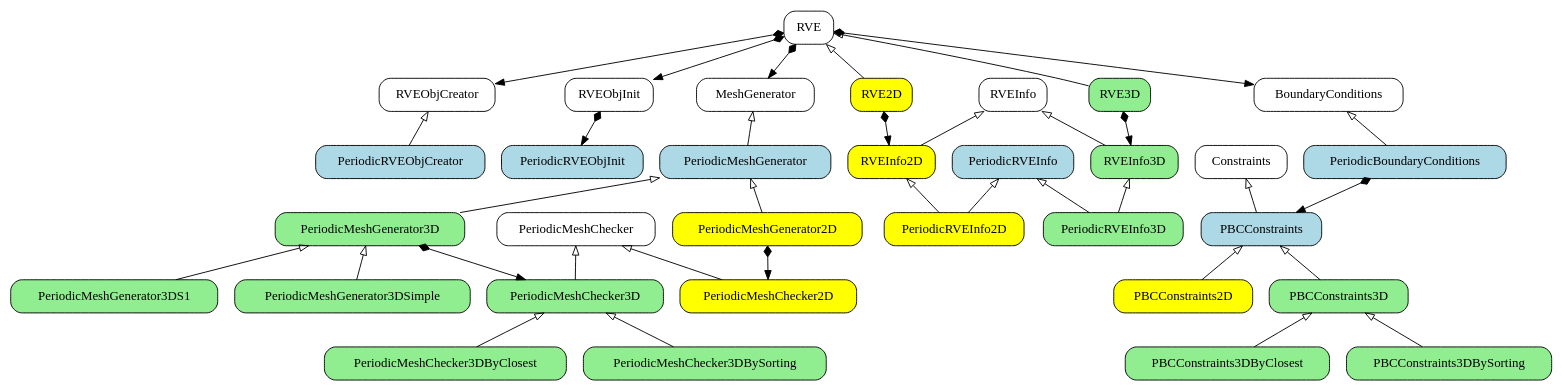
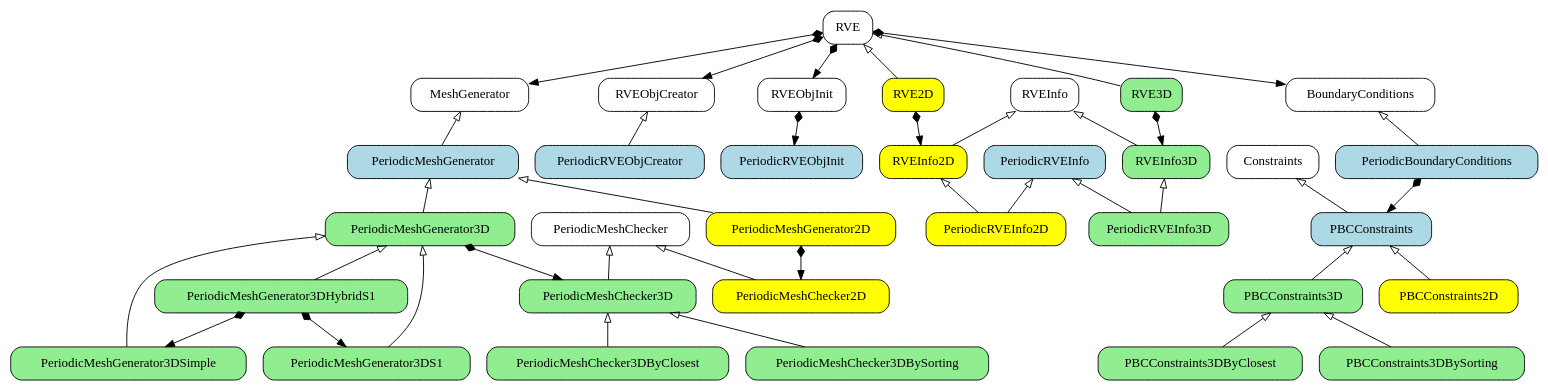
The diagram in uml/rve.gv (bessagroup/f3dasm), drawn with Graphviz before and after one commit. The commit also changed 2 other files, not shown here.

Commit message:
added new mesh strategy to show how easy it is to combine strategies

```diff
--- a/uml/rve.gv
+++ b/uml/rve.gv
@@ -1,88 +1,92 @@
 digraph RVE {
 
     node[shape=record, style=rounded]
     RVE[label = "{RVE}"]
     BoundaryConditions[label = "{BoundaryConditions}"]
     MeshGenerator[label = "{MeshGenerator}"]
     PeriodicMeshChecker[label = "{PeriodicMeshChecker}"]
     Constraints[label = "{Constraints}"]
     RVEInfo[label="{RVEInfo}"]
     RVEObjCreator[label="RVEObjCreator"]
     RVEObjInit[label="RVEObjInit"]
 
     node[shape=record, style="rounded, filled", fillcolor=lightblue]
     PeriodicBoundaryConditions[label = "{PeriodicBoundaryConditions}"]
     PBCConstraints[label = "{PBCConstraints}"]
     PeriodicMeshGenerator[label = "{PeriodicMeshGenerator}"]
     PeriodicRVEInfo[label = "{PeriodicRVEInfo}"]
     PeriodRVEObjCreator[label = "{PeriodicRVEObjCreator}"]
     PeriodicRVEObjInit[label="PeriodicRVEObjInit"]
 
     node[shape=record, style="rounded, filled", fillcolor=yellow]
     RVE2D[label = "{RVE2D}"]
     PBCConstraints2D[label = "{PBCConstraints2D}"]
     RVEInfo2D[label="{RVEInfo2D}"]
     PeriodicMeshChecker2D[label = "{PeriodicMeshChecker2D}"]
     PeriodicMeshGenerator2D[label= "{PeriodicMeshGenerator2D}"]
     PeriodicRVEInfo2D[label="{PeriodicRVEInfo2D}"]
 
     node[shape=record, style="rounded, filled", fillcolor=lightgreen]
     RVE3D[label = "{RVE3D}"]
     PBCConstraints3D[label = "{PBCConstraints3D}"]
     PBCConstraints3DByClosest[label = "{PBCConstraints3DByClosest}"]
     PBCConstraints3DBySorting[label = "{PBCConstraints3DBySorting}"]
     RVEInfo3D[label="{RVEInfo3D}"]
     PeriodicRVEInfo3D[label="{PeriodicRVEInfo3D}"]
     PeriodicMeshChecker3D[label = "{PeriodicMeshChecker3D}"]
     PeriodicMeshChecker3DByClosest[label = "{PeriodicMeshChecker3DByClosest}"]
     PeriodicMeshChecker3DBySorting[label = "{PeriodicMeshChecker3DBySorting}"]
     PeriodicMeshGenerator3D[label= "{PeriodicMeshGenerator3D}"]
     PeriodicMeshGenerator3DSimple[label= "{PeriodicMeshGenerator3DSimple}"]
     PeriodicMeshGenerator3DS1[label= "{PeriodicMeshGenerator3DS1}"]
+    PeriodicMeshGenerator3DHybridS1[label= "{PeriodicMeshGenerator3DHybridS1}"]
 
     // generalizations
     edge[dir=back, arrowtail=empty, style=normal]
     RVE->RVE2D
     RVE->RVE3D
     BoundaryConditions->PeriodicBoundaryConditions
     MeshGenerator->PeriodicMeshGenerator
     Constraints->PBCConstraints
     PBCConstraints->PBCConstraints2D
     PBCConstraints->PBCConstraints3D
     PBCConstraints3D->PBCConstraints3DByClosest
     PBCConstraints3D->PBCConstraints3DBySorting
     RVEInfo->RVEInfo2D
     RVEInfo->RVEInfo3D
     PeriodicMeshChecker->PeriodicMeshChecker2D
     PeriodicMeshChecker->PeriodicMeshChecker3D
     PeriodicMeshChecker3D->PeriodicMeshChecker3DByClosest
     PeriodicMeshChecker3D->PeriodicMeshChecker3DBySorting
     PeriodicMeshGenerator->PeriodicMeshGenerator2D
     PeriodicMeshGenerator->PeriodicMeshGenerator3D
     PeriodicRVEInfo->PeriodicRVEInfo2D
     RVEInfo2D->PeriodicRVEInfo2D
     PeriodicRVEInfo->PeriodicRVEInfo3D
     RVEInfo3D->PeriodicRVEInfo3D
     RVEObjCreator->PeriodRVEObjCreator
     PeriodicMeshGenerator3D->PeriodicMeshGenerator3DSimple
     PeriodicMeshGenerator3D->PeriodicMeshGenerator3DS1
+    PeriodicMeshGenerator3D->PeriodicMeshGenerator3DHybridS1
 
     // dependencies
     edge[dir=normal, arrowhead=normal, style=dashed]
     // PeriodicMeshGenerator->RVEInfo
     // PeriodicMeshChecker->RVEInfo
 
     // compositions
     edge[dir=both, arrowtail=diamond, arrowhead=normal, style=normal]
     RVE2D->RVEInfo2D
     RVE3D->RVEInfo3D
     RVE->MeshGenerator
     RVE->BoundaryConditions
     PeriodicMeshGenerator2D->PeriodicMeshChecker2D
     PeriodicMeshGenerator3D->PeriodicMeshChecker3D
     RVE->RVEObjCreator
     PeriodicBoundaryConditions->PBCConstraints
     RVE->RVEObjInit
     RVEObjInit->PeriodicRVEObjInit
+    PeriodicMeshGenerator3DHybridS1->PeriodicMeshGenerator3DSimple
+    PeriodicMeshGenerator3DHybridS1->PeriodicMeshGenerator3DS1
 
 }
```
